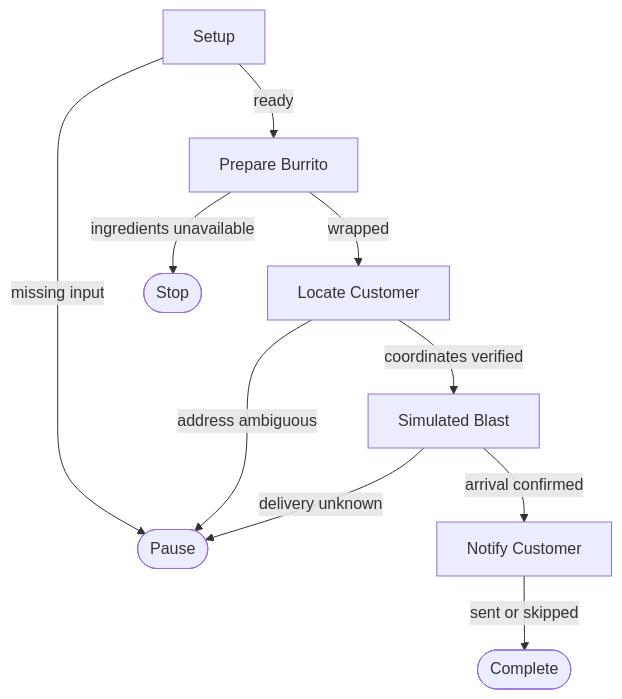
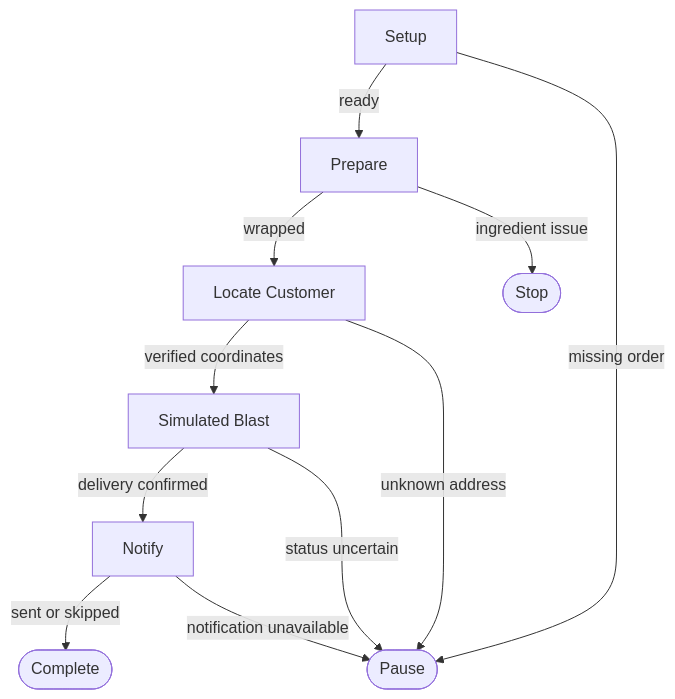
Before and after one commit to peteralmoreno/agent-skills: the diagram in driftmap-presenter/examples/burrito-cannon/MAP.md, drawn with Mermaid. The commit also changed other lines of this file and 31 other files, not shown here.

````diff
--- a/driftmap-presenter/examples/burrito-cannon/MAP.md
+++ b/driftmap-presenter/examples/burrito-cannon/MAP.md
@@ -13,12 +15,13 @@
 ```mermaid
 flowchart TD
-    setup["Setup"] -->|ready| prepare["Prepare Burrito"]
-    setup -->|missing input| pause(["Pause"])
+    setup["Setup"] -->|ready| prepare["Prepare"]
+    setup -->|missing order| pause(["Pause"])
     prepare -->|wrapped| locate["Locate Customer"]
-    prepare -->|ingredients unavailable| stop(["Stop"])
-    locate -->|coordinates verified| blast["Simulated Blast"]
-    locate -->|address ambiguous| pause
-    blast -->|arrival confirmed| notify["Notify Customer"]
-    blast -->|delivery unknown| pause
+    prepare -->|ingredient issue| stop(["Stop"])
+    locate -->|verified coordinates| blast["Simulated Blast"]
+    locate -->|unknown address| pause
+    blast -->|delivery confirmed| notify["Notify"]
+    blast -->|status uncertain| pause
     notify -->|sent or skipped| complete(["Complete"])
+    notify -->|notification unavailable| pause
 ```
````
